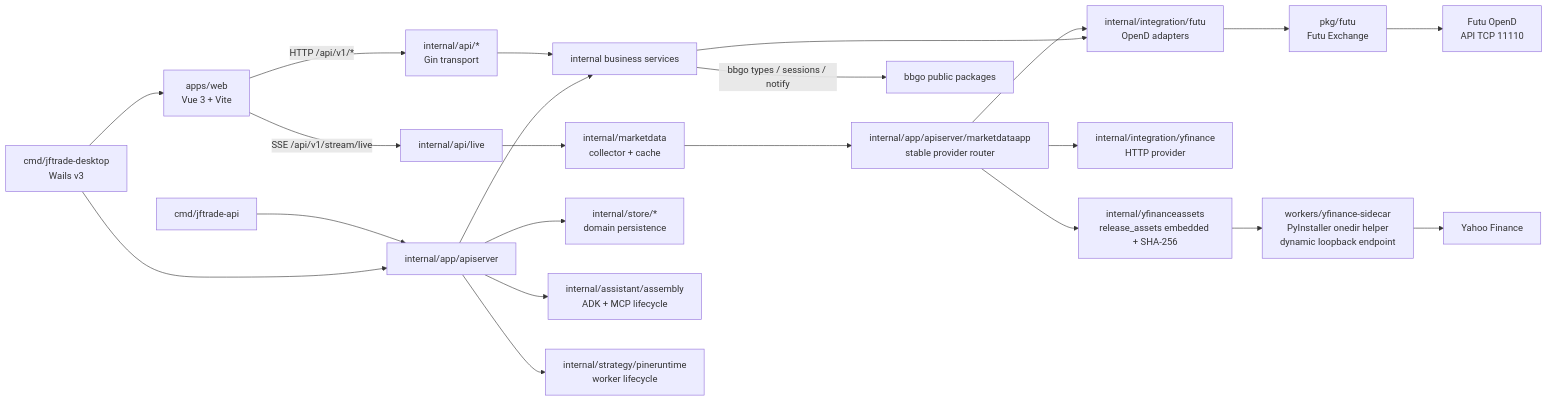
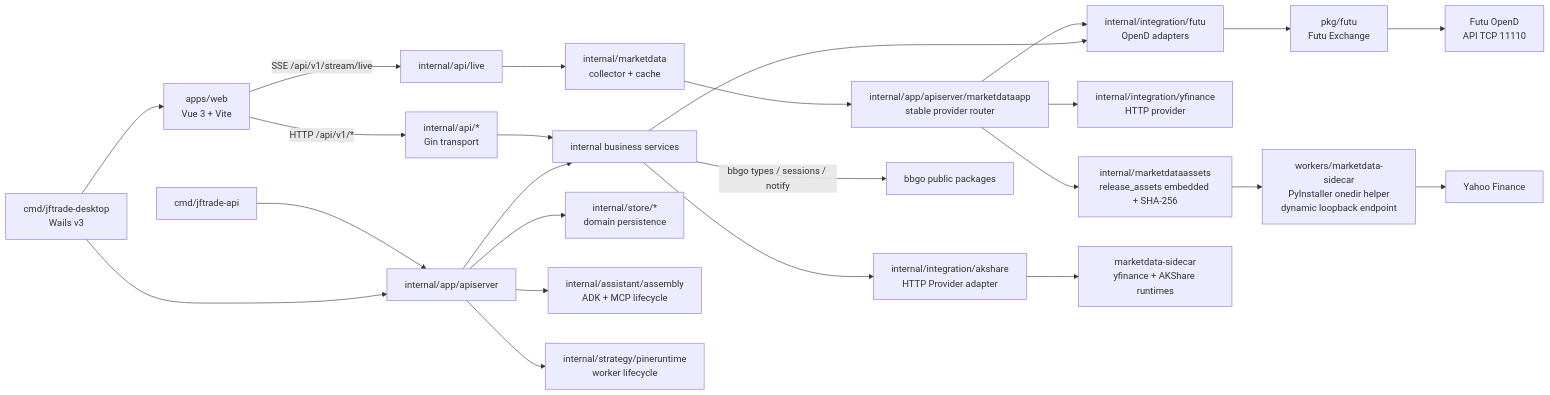
The diagram in docs/architecture.md (Dennishaha/JFTrade), drawn with Mermaid before and after one commit. The commit also changed other lines of this file and 204 other files, not shown here.

Commit message:
feat: add AKShare market data provider

````diff
--- a/docs/architecture.md
+++ b/docs/architecture.md
@@ -23,25 +23,27 @@
 ```mermaid
 flowchart LR
     Web[apps/web\nVue 3 + Vite] -->|HTTP /api/v1/*| API[internal/api/*\nGin transport]
     Web -->|SSE /api/v1/stream/live| LiveAPI[internal/api/live]
     API --> Services[internal business services]
     LiveAPI --> MarketData[internal/marketdata\ncollector + cache]
     MarketData --> MarketDataRuntime[internal/app/apiserver/marketdataapp\nstable provider router]
     MarketDataRuntime --> FutuIntegration
     MarketDataRuntime --> YFinanceIntegration[internal/integration/yfinance\nHTTP provider]
-    MarketDataRuntime --> YFinanceAssets[internal/yfinanceassets\nrelease_assets embedded + SHA-256]
-    YFinanceAssets --> YFinanceSidecar[workers/yfinance-sidecar\nPyInstaller onedir helper\ndynamic loopback endpoint]
+    MarketDataRuntime --> YFinanceAssets[internal/marketdataassets\nrelease_assets embedded + SHA-256]
+    YFinanceAssets --> YFinanceSidecar[workers/marketdata-sidecar\nPyInstaller onedir helper\ndynamic loopback endpoint]
     YFinanceSidecar --> Yahoo[Yahoo Finance]
     App --> Services
     App --> Stores[internal/store/*\ndomain persistence]
     App --> AssistantAssembly[internal/assistant/assembly\nADK + MCP lifecycle]
     App --> PineRuntime[internal/strategy/pineruntime\nworker lifecycle]
     Services --> FutuIntegration[internal/integration/futu\nOpenD adapters]
+    Services --> AKShareIntegration[internal/integration/akshare\nHTTP Provider adapter]
+    AKShareIntegration --> MarketDataSidecar[marketdata-sidecar\nyfinance + AKShare runtimes]
     FutuIntegration --> Futu[pkg/futu\nFutu Exchange]
     Futu --> OpenD[Futu OpenD\nAPI TCP 11110]
 
     CLI[cmd/jftrade-api] --> App[internal/app/apiserver]
     Desktop[cmd/jftrade-desktop\nWails v3] --> App
     Desktop --> Web
     Services -->|bbgo types / sessions / notify| BBGOPrimitives[bbgo public packages]
 ```
````
